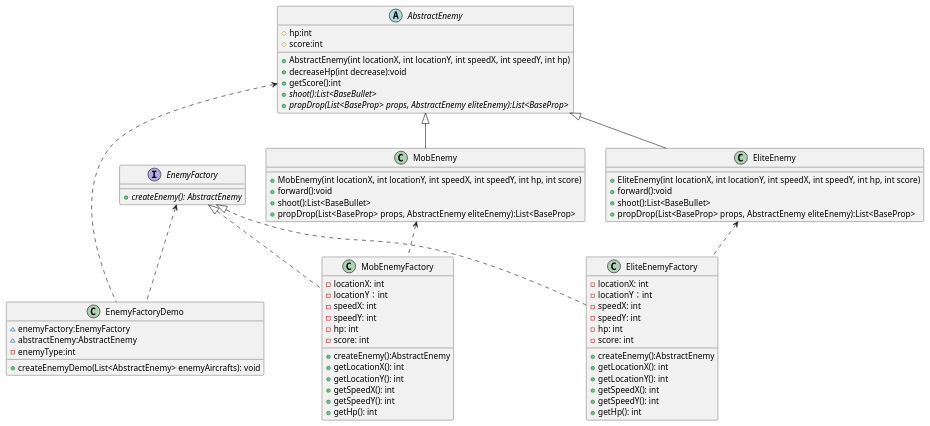
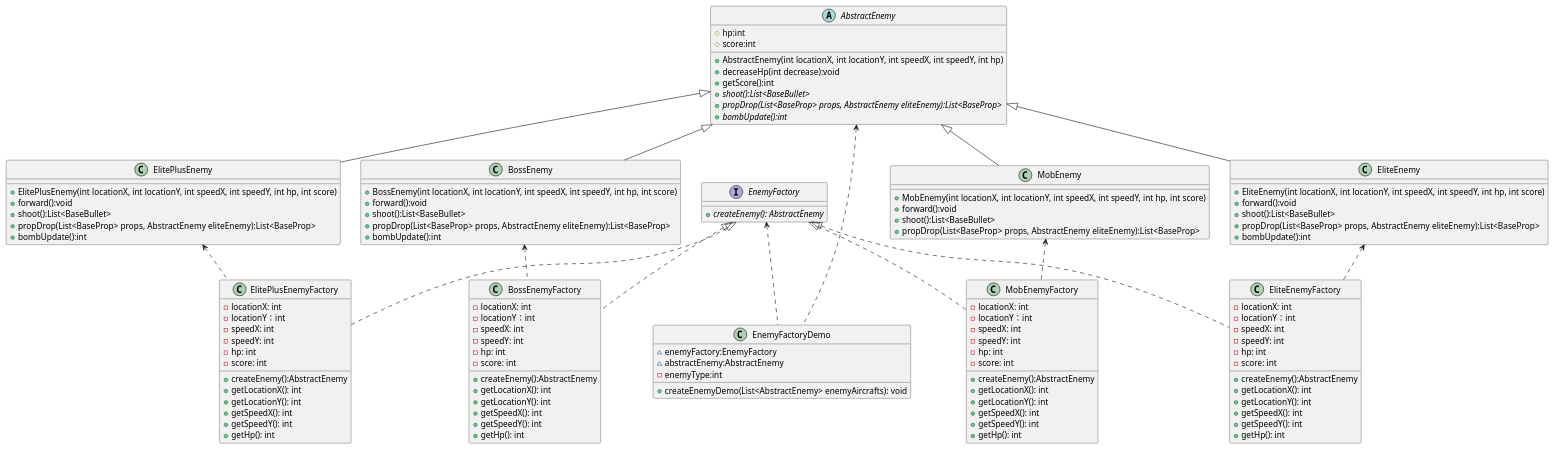
The diagram in uml/experiment2_3.puml (Phoenix-BM/MyAircraftWar), drawn with PlantUML before and after one commit. The commit also changed 49 other files, not shown here.

```diff
--- a/uml/experiment2_3.puml
+++ b/uml/experiment2_3.puml
@@ -1,86 +1,142 @@
 @startuml
 'https://plantuml.com/class-diagram
 
 class EnemyFactoryDemo
 {
     ~ enemyFactory:EnemyFactory
     ~ abstractEnemy:AbstractEnemy
     - enemyType:int
     + createEnemyDemo(List<AbstractEnemy> enemyAircrafts): void
 }
 
 abstract class AbstractEnemy
 {
     # hp:int
     # score:int
     + AbstractEnemy(int locationX, int locationY, int speedX, int speedY, int hp)
     + decreaseHp(int decrease):void
     + getScore():int
     + {abstract} shoot():List<BaseBullet>
     + {abstract} propDrop(List<BaseProp> props, AbstractEnemy eliteEnemy):List<BaseProp>
+    + {abstract} bombUpdate():int
 }
 
 interface EnemyFactory
 {
     + {abstract} createEnemy(): AbstractEnemy
 }
 
 AbstractEnemy <.. EnemyFactoryDemo
 EnemyFactory <.. EnemyFactoryDemo
 
 class MobEnemy {
     + MobEnemy(int locationX, int locationY, int speedX, int speedY, int hp, int score)
     + forward():void
     + shoot():List<BaseBullet>
     + propDrop(List<BaseProp> props, AbstractEnemy eliteEnemy):List<BaseProp>
 }
 
 class EliteEnemy {
     + EliteEnemy(int locationX, int locationY, int speedX, int speedY, int hp, int score)
     + forward():void
     + shoot():List<BaseBullet>
     + propDrop(List<BaseProp> props, AbstractEnemy eliteEnemy):List<BaseProp>
+    + bombUpdate():int
+}
+
+class ElitePlusEnemy {
+    + ElitePlusEnemy(int locationX, int locationY, int speedX, int speedY, int hp, int score)
+    + forward():void
+    + shoot():List<BaseBullet>
+    + propDrop(List<BaseProp> props, AbstractEnemy eliteEnemy):List<BaseProp>
+    + bombUpdate():int
+}
+
+class BossEnemy {
+    + BossEnemy(int locationX, int locationY, int speedX, int speedY, int hp, int score)
+    + forward():void
+    + shoot():List<BaseBullet>
+    + propDrop(List<BaseProp> props, AbstractEnemy eliteEnemy):List<BaseProp>
+    + bombUpdate():int
 }
 
 class MobEnemyFactory
 {
     - locationX: int
     - locationY：int
     - speedX: int
     - speedY: int
     - hp: int
     - score: int
     + createEnemy():AbstractEnemy
     + getLocationX(): int
     + getLocationY(): int
     + getSpeedX(): int
     + getSpeedY(): int
     + getHp(): int
 }
 
 class EliteEnemyFactory
 {
      - locationX: int
      - locationY：int
      - speedX: int
      - speedY: int
      - hp: int
      - score: int
      + createEnemy():AbstractEnemy
      + getLocationX(): int
      + getLocationY(): int
      + getSpeedX(): int
      + getSpeedY(): int
      + getHp(): int
 }
 
+class ElitePlusEnemyFactory
+{
+     - locationX: int
+     - locationY：int
+     - speedX: int
+     - speedY: int
+     - hp: int
+     - score: int
+     + createEnemy():AbstractEnemy
+     + getLocationX(): int
+     + getLocationY(): int
+     + getSpeedX(): int
+     + getSpeedY(): int
+     + getHp(): int
+}
+
+class BossEnemyFactory
+{
+     - locationX: int
+     - locationY：int
+     - speedX: int
+     - speedY: int
+     - hp: int
+     - score: int
+     + createEnemy():AbstractEnemy
+     + getLocationX(): int
+     + getLocationY(): int
+     + getSpeedX(): int
+     + getSpeedY(): int
+     + getHp(): int
+}
+
 EnemyFactory <|.. MobEnemyFactory
 EnemyFactory <|.. EliteEnemyFactory
+EnemyFactory <|.. ElitePlusEnemyFactory
+EnemyFactory <|.. BossEnemyFactory
 
 AbstractEnemy <|-- MobEnemy
 AbstractEnemy <|-- EliteEnemy
+AbstractEnemy <|-- ElitePlusEnemy
+AbstractEnemy <|-- BossEnemy
 
 MobEnemy <.. MobEnemyFactory
 EliteEnemy <.. EliteEnemyFactory
+ElitePlusEnemy <.. ElitePlusEnemyFactory
+BossEnemy <.. BossEnemyFactory
 
 @enduml
```
